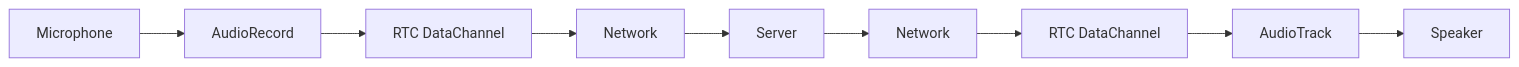
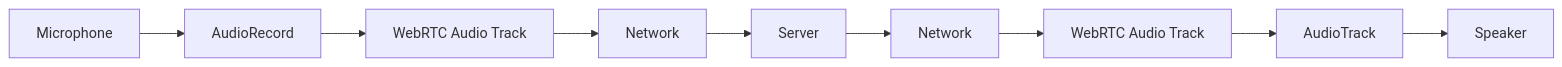
Before and after one commit to Fides-Connect/linkora: the third of 10 diagrams in docs/architecture.md, drawn with Mermaid. The commit also changed other lines of this file and 2 other files, not shown here.

````diff
--- a/docs/architecture.md
+++ b/docs/architecture.md
@@ -164,5 +164,5 @@
 ```mermaid
 flowchart LR
-    Mic[Microphone] --> AR[AudioRecord] --> DC1["RTC DataChannel"] --> Net1[Network] --> Srv[Server]
-    Srv --> Net2[Network] --> DC2["RTC DataChannel"] --> AT[AudioTrack] --> Spk[Speaker]
+    Mic[Microphone] --> AR[AudioRecord] --> MT1["WebRTC Audio Track"] --> Net1[Network] --> Srv[Server]
+    Srv --> Net2[Network] --> MT2["WebRTC Audio Track"] --> AT[AudioTrack] --> Spk[Speaker]
 ```
````
